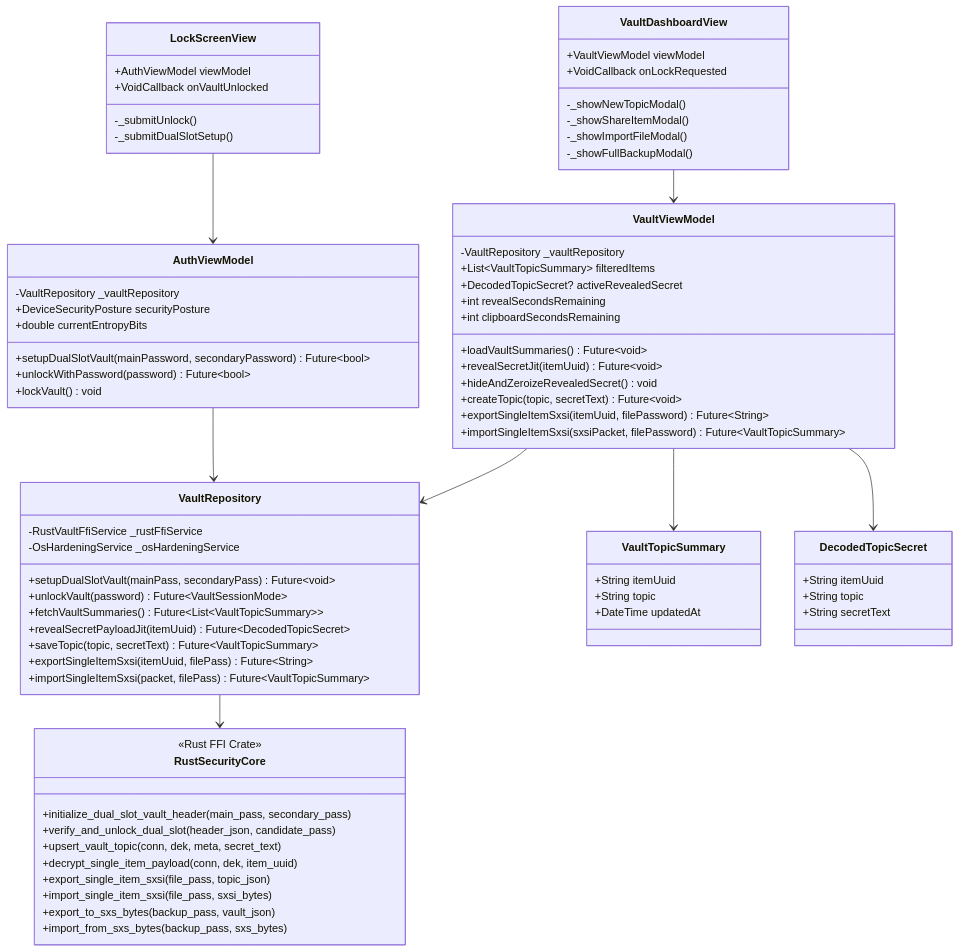
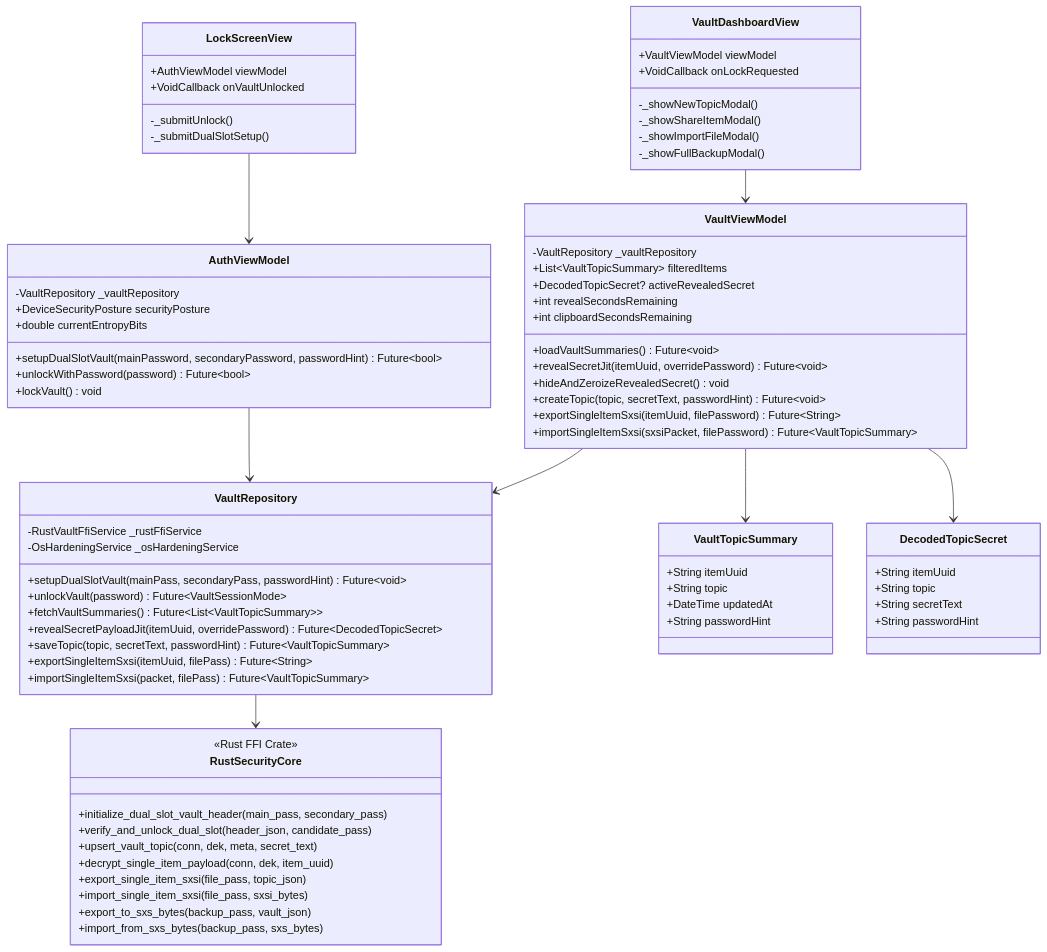
One commit to superxsiwa/superxsecret changed the fifth of 6 diagrams in docs/DEVELOPER_GUIDE.md. Above: the diagram before and after it, drawn with Mermaid. The commit also changed other lines of this file and 11 other files, not shown here.

Commit message:
feat: protect vault items with per-item passwords

```diff
--- a/docs/DEVELOPER_GUIDE.md
+++ b/docs/DEVELOPER_GUIDE.md
@@ -214,7 +214,7 @@
         -VaultRepository _vaultRepository
         +DeviceSecurityPosture securityPosture
         +double currentEntropyBits
-        +setupDualSlotVault(mainPassword, secondaryPassword) Future~bool~
+        +setupDualSlotVault(mainPassword, secondaryPassword, passwordHint) Future~bool~
         +unlockWithPassword(password) Future~bool~
         +lockVault() void
     }
@@ -226,9 +226,9 @@
         +int revealSecondsRemaining
         +int clipboardSecondsRemaining
         +loadVaultSummaries() Future~void~
-        +revealSecretJit(itemUuid) Future~void~
+        +revealSecretJit(itemUuid, overridePassword) Future~void~
         +hideAndZeroizeRevealedSecret() void
-        +createTopic(topic, secretText) Future~void~
+        +createTopic(topic, secretText, passwordHint) Future~void~
         +exportSingleItemSxsi(itemUuid, filePassword) Future~String~
         +importSingleItemSxsi(sxsiPacket, filePassword) Future~VaultTopicSummary~
     }
@@ -236,11 +236,11 @@
     class VaultRepository {
         -RustVaultFfiService _rustFfiService
         -OsHardeningService _osHardeningService
-        +setupDualSlotVault(mainPass, secondaryPass) Future~void~
+        +setupDualSlotVault(mainPass, secondaryPass, passwordHint) Future~void~
         +unlockVault(password) Future~VaultSessionMode~
         +fetchVaultSummaries() Future~List~VaultTopicSummary~~
-        +revealSecretPayloadJit(itemUuid) Future~DecodedTopicSecret~
-        +saveTopic(topic, secretText) Future~VaultTopicSummary~
+        +revealSecretPayloadJit(itemUuid, overridePassword) Future~DecodedTopicSecret~
+        +saveTopic(topic, secretText, passwordHint) Future~VaultTopicSummary~
         +exportSingleItemSxsi(itemUuid, filePass) Future~String~
         +importSingleItemSxsi(packet, filePass) Future~VaultTopicSummary~
     }
@@ -249,12 +249,14 @@
         +String itemUuid
         +String topic
         +DateTime updatedAt
+        +String passwordHint
     }
 
     class DecodedTopicSecret {
         +String itemUuid
         +String topic
         +String secretText
+        +String passwordHint
     }
 
     class RustSecurityCore {
```
